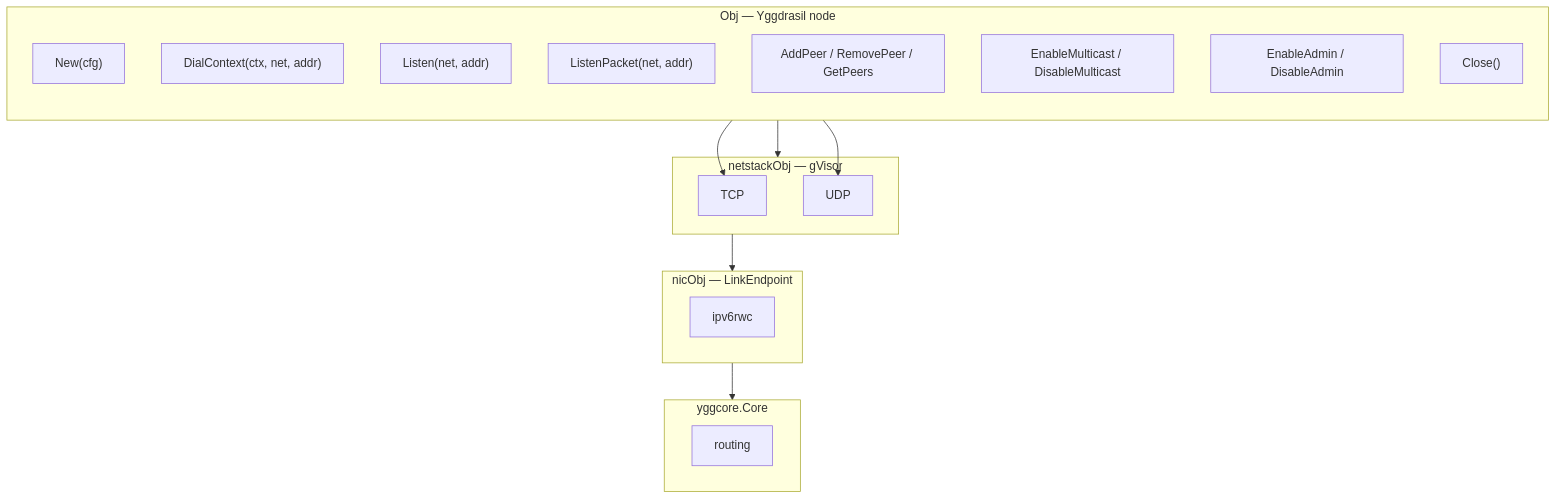
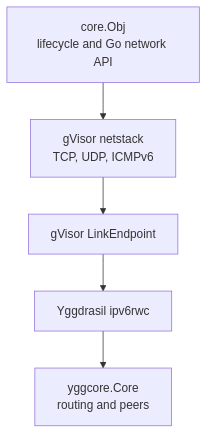
One commit to voluminor/ratatoskr changed the first of 2 diagrams in mod/core/README.md. Above: the diagram before and after it, drawn with Mermaid. The commit also changed other lines of this file and 273 other files, not shown here.

````diff
--- a/mod/core/README.md
+++ b/mod/core/README.md
@@ -26,33 +30,12 @@
 ```mermaid
-flowchart TB
-    subgraph Obj["Obj — Yggdrasil node"]
-        direction TB
-        New["New(cfg)"]
-        Dial["DialContext(ctx, net, addr)"]
-        Lis["Listen(net, addr)"]
-        LisP["ListenPacket(net, addr)"]
-        Peers["AddPeer / RemovePeer / GetPeers"]
-        MC["EnableMulticast / DisableMulticast"]
-        Adm["EnableAdmin / DisableAdmin"]
-        Close["Close()"]
-    end
-
-    subgraph Netstack["netstackObj — gVisor"]
-        TCP["TCP"]
-        UDP["UDP"]
-    end
-
-    subgraph NIC["nicObj — LinkEndpoint"]
-        RW["ipv6rwc"]
-    end
-
-    subgraph Core["yggcore.Core"]
-        Routing["routing"]
-    end
-
-    Dial --> Netstack
-    Lis --> TCP
-    LisP --> UDP
-    Netstack --> NIC
-    NIC --> Core
+flowchart TD
+  API["core.Obj<br/>lifecycle and Go network API"]
+  Stack["gVisor netstack<br/>TCP, UDP, ICMPv6"]
+  NIC["gVisor LinkEndpoint"]
+  RWC["Yggdrasil ipv6rwc"]
+  YGG["yggcore.Core<br/>routing and peers"]
+  API --> Stack
+  Stack --> NIC
+  NIC --> RWC
+  RWC --> YGG
 ```
````
